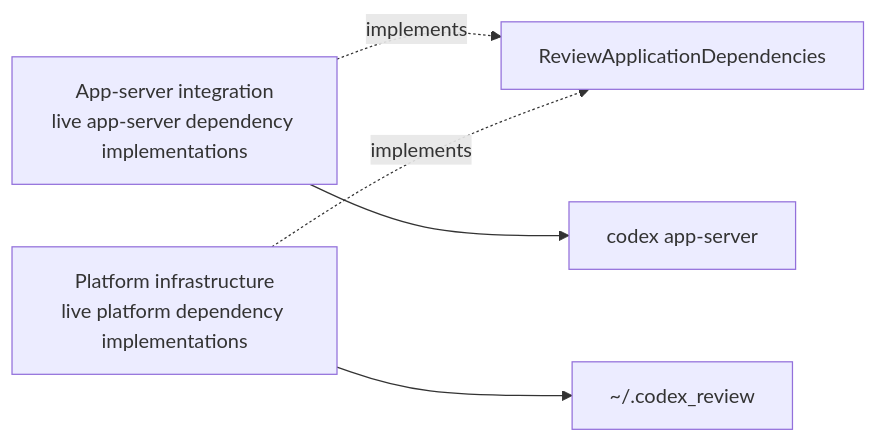
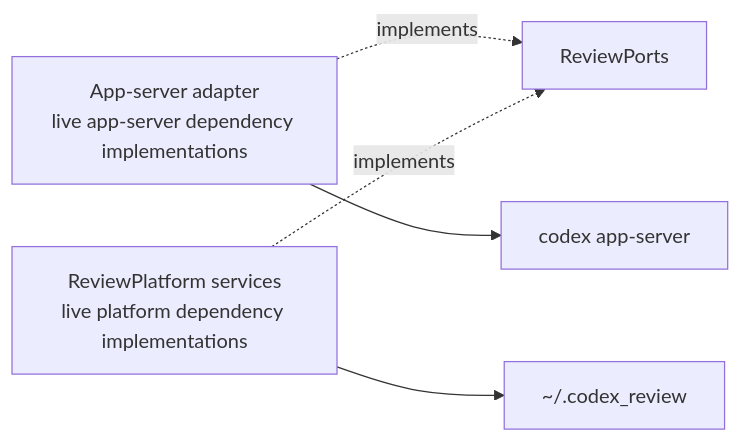
Before and after one commit to lynnswap/CodexReviewMCP: the fourth of 8 diagrams in Docs/architecture-overview.md, drawn with Mermaid. The commit also changed other lines of this file and 127 other files, not shown here.

Commit message:
refactor(targets): rename architecture targets

````diff
--- a/Docs/architecture-overview.md
+++ b/Docs/architecture-overview.md
@@ -153,13 +153,13 @@
 ```mermaid
 flowchart LR
-    Dependencies["ReviewApplicationDependencies"]
-    AppServerIntegration["App-server integration<br/>live app-server dependency implementations"]
-    PlatformInfra["Platform infrastructure<br/>live platform dependency implementations"]
+    Dependencies["ReviewPorts"]
+    AppServerAdapter["App-server adapter<br/>live app-server dependency implementations"]
+    PlatformServices["ReviewPlatform services<br/>live platform dependency implementations"]
     AppServer["codex app-server"]
     Files["~/.codex_review"]
 
-    AppServerIntegration -.->|implements| Dependencies
-    PlatformInfra -.->|implements| Dependencies
-    AppServerIntegration --> AppServer
-    PlatformInfra --> Files
+    AppServerAdapter -.->|implements| Dependencies
+    PlatformServices -.->|implements| Dependencies
+    AppServerAdapter --> AppServer
+    PlatformServices --> Files
 ```
````
